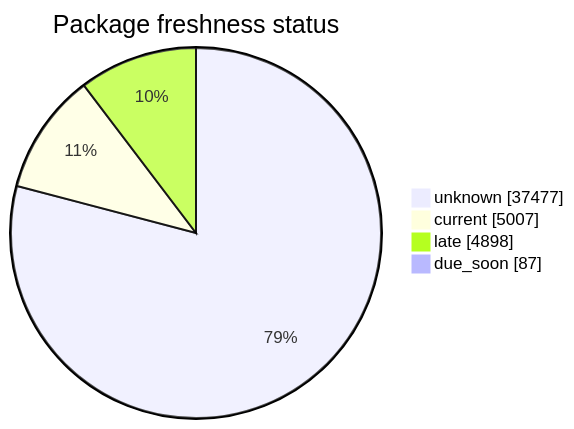
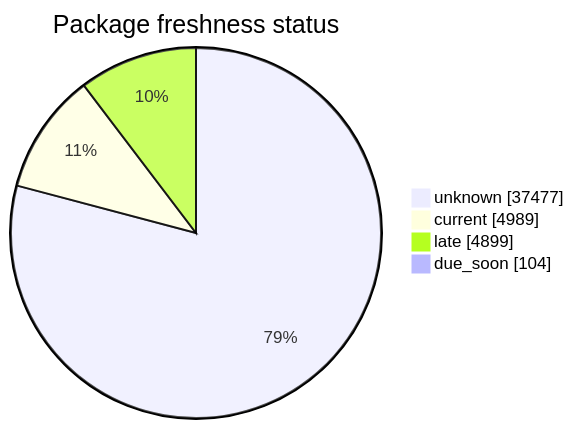
One commit to open-data/analytics-corporate-reporting changed the second of 5 diagrams in FreshCheck/README.md. Above: the diagram before and after it, drawn with Mermaid. The commit also changed other lines of this file and 3 other files, not shown here.

````diff
--- a/FreshCheck/README.md
+++ b/FreshCheck/README.md
@@ -69,7 +69,7 @@
 ```mermaid
 pie showData title Package freshness status
     "unknown": 37477
-    "current": 5007
-    "late": 4898
-    "due_soon": 87
+    "current": 4989
+    "late": 4899
+    "due_soon": 104
 ```
````
